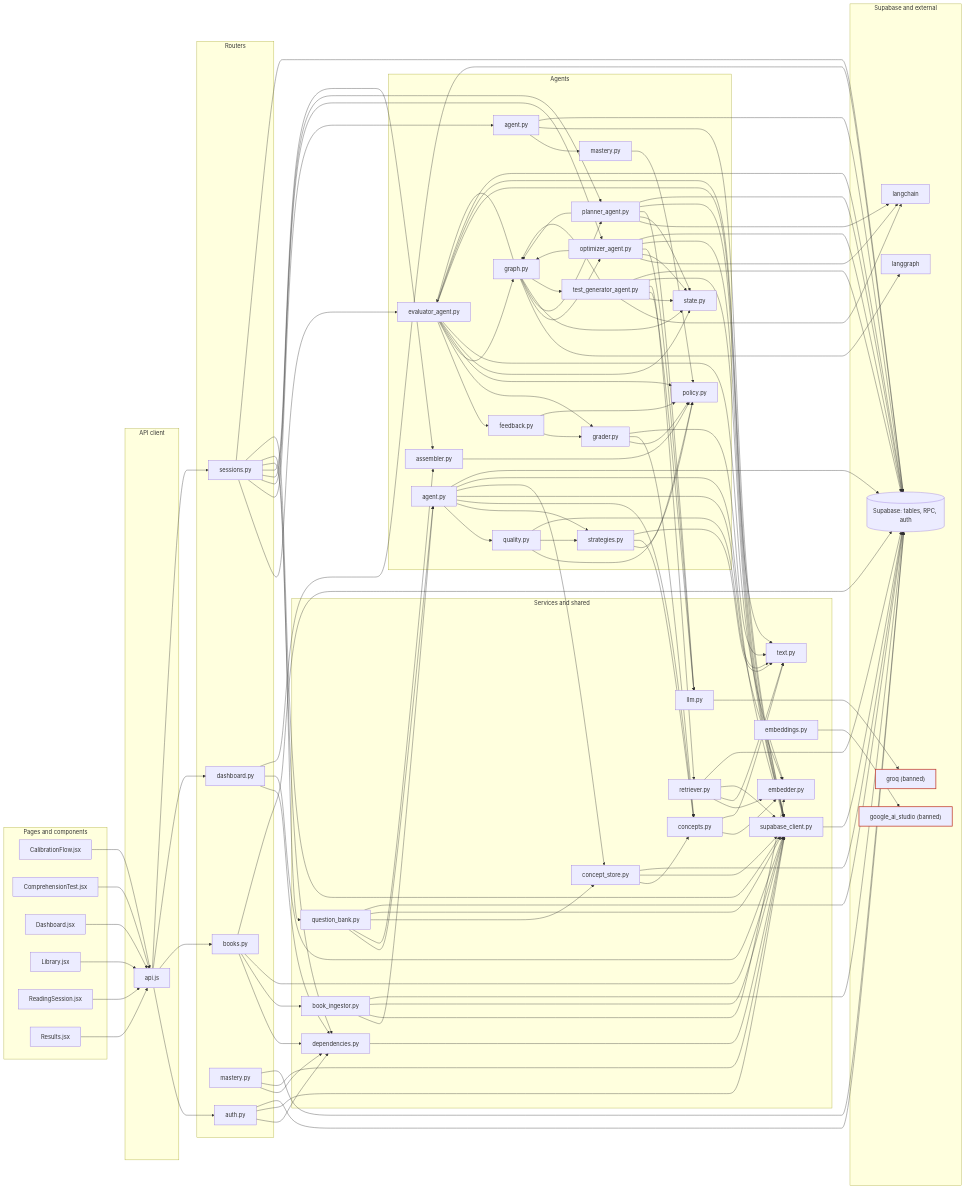
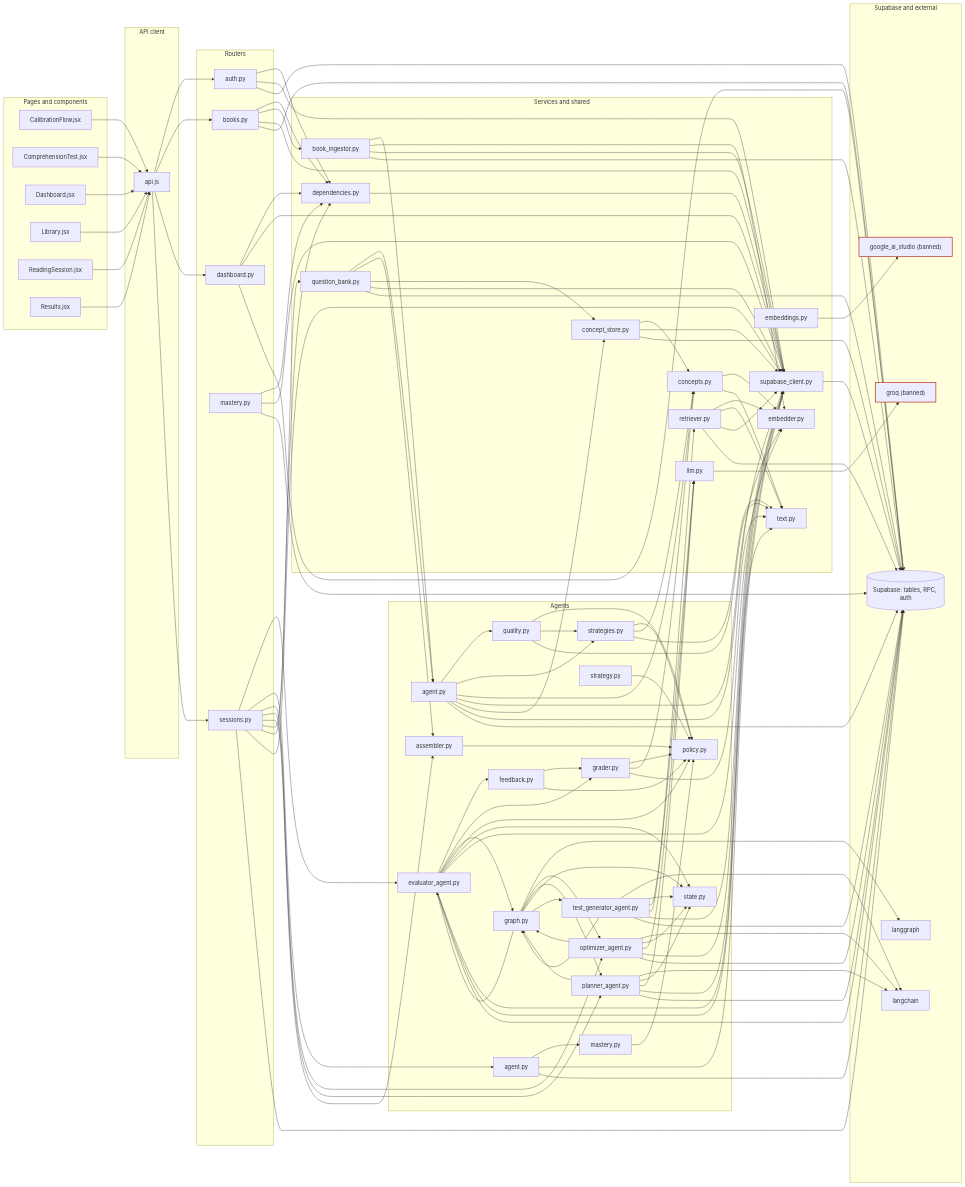
Before and after one commit to asparagusD/readfocus: the first of 2 diagrams in docs/repo-graph/REPO_MAP.md, drawn with Mermaid. The commit also changed other lines of this file and 9 other files, not shown here.

First line of the commit message:
feat(agents): rule-based reading strategy planner with explanations

```diff
--- a/docs/repo-graph/REPO_MAP.md
+++ b/docs/repo-graph/REPO_MAP.md
@@ -38,6 +38,7 @@
     file_backend_agents_knowledge_state_agent_py["agent.py"]
     file_backend_agents_knowledge_state_mastery_py["mastery.py"]
     file_backend_agents_optimizer_agent_py["optimizer_agent.py"]
+    file_backend_agents_planner_strategy_py["strategy.py"]
     file_backend_agents_planner_agent_py["planner_agent.py"]
     file_backend_agents_policy_py["policy.py"]
     file_backend_agents_question_generation_agent_py["agent.py"]
@@ -97,6 +98,7 @@
   file_backend_agents_optimizer_agent_py --> file_backend_services_llm_py
   file_backend_agents_optimizer_agent_py --> file_backend_services_supabase_client_py
   file_backend_agents_optimizer_agent_py --> supabase
+  file_backend_agents_planner_strategy_py --> file_backend_agents_policy_py
   file_backend_agents_planner_agent_py --> external_langchain
   file_backend_agents_planner_agent_py --> file_backend_agents_graph_py
   file_backend_agents_planner_agent_py --> file_backend_agents_state_py
```
